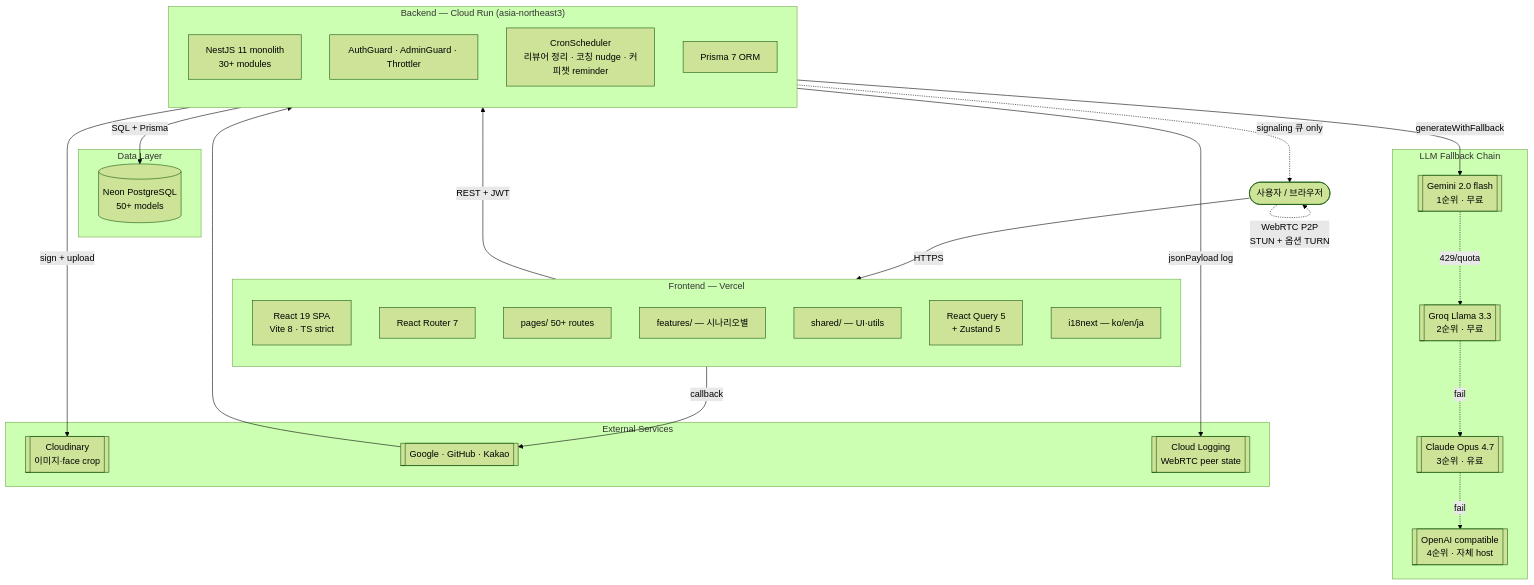
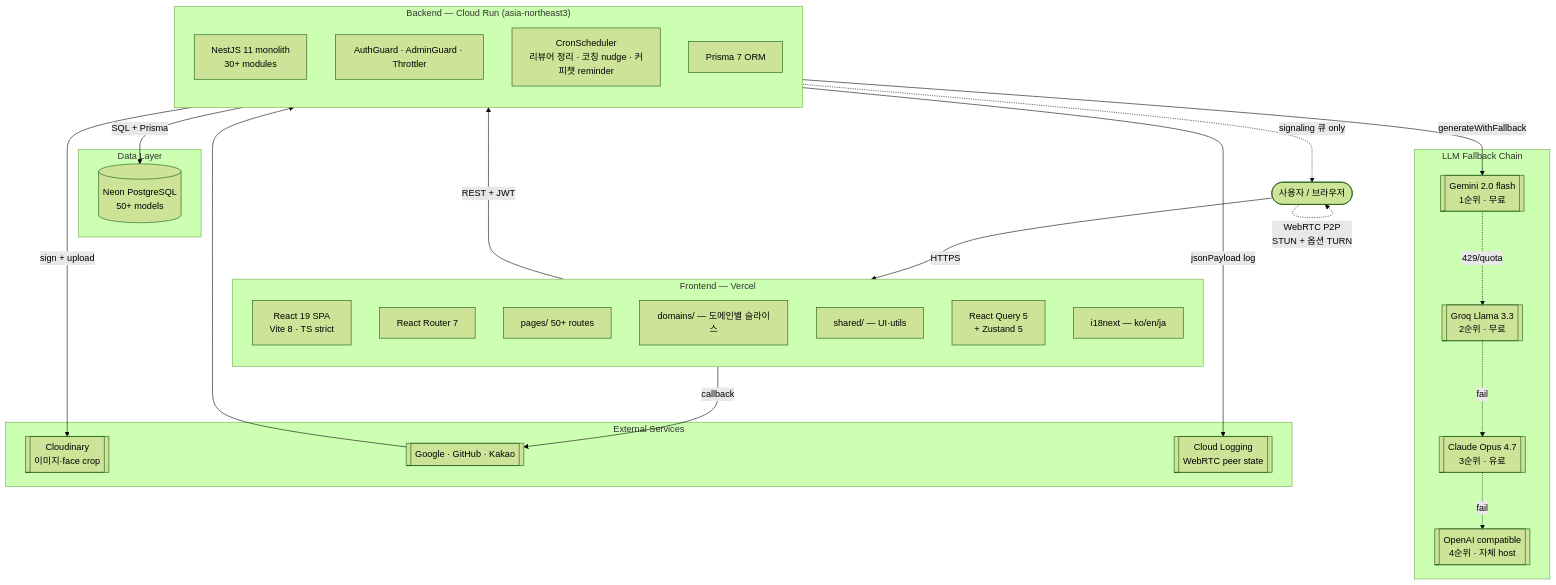
Before and after one commit to blue45f/resume: the first of 2 diagrams in docs/ARCHITECTURE.md, drawn with Mermaid (forest theme). The commit also changed 85 other files, not shown here.

````diff
--- a/docs/ARCHITECTURE.md
+++ b/docs/ARCHITECTURE.md
@@ -9,55 +9,55 @@
 ```mermaid
 flowchart TB
     User([사용자 / 브라우저])
 
     subgraph Frontend["Frontend — Vercel"]
         direction TB
         SPA[React 19 SPA<br/>Vite 8 · TS strict]
         Router[React Router 7]
         Pages[pages/ 50+ routes]
-        Features[features/ — 시나리오별]
+        Domains[domains/ — 도메인별 슬라이스]
         Shared[shared/ — UI·utils]
         QueryClient[React Query 5<br/>+ Zustand 5]
         I18n[i18next — ko/en/ja]
     end
 
     subgraph Backend["Backend — Cloud Run (asia-northeast3)"]
         direction TB
         NestApp[NestJS 11 monolith<br/>30+ modules]
         Guards[AuthGuard · AdminGuard · Throttler]
         Cron[CronScheduler<br/>리뷰어 정리 · 코칭 nudge · 커피챗 reminder]
         Prisma[Prisma 7 ORM]
     end
 
     subgraph Data["Data Layer"]
         Neon[(Neon PostgreSQL<br/>50+ models)]
     end
 
     subgraph LLM["LLM Fallback Chain"]
         Gemini[[Gemini 2.0 flash<br/>1순위 · 무료]]
         Groq[[Groq Llama 3.3<br/>2순위 · 무료]]
         Anthropic[[Claude Opus 4.7<br/>3순위 · 유료]]
         OpenAI[[OpenAI compatible<br/>4순위 · 자체 host]]
     end
 
     subgraph External["External Services"]
         Cloudinary[[Cloudinary<br/>이미지·face crop]]
         OAuth[[Google · GitHub · Kakao]]
         Telemetry[[Cloud Logging<br/>WebRTC peer state]]
     end
 
     User -->|HTTPS| Frontend
     Frontend -->|REST + JWT| Backend
     Backend -->|SQL + Prisma| Neon
     Backend -->|generateWithFallback| Gemini
     Gemini -.->|429/quota| Groq
     Groq -.->|fail| Anthropic
     Anthropic -.->|fail| OpenAI
     Backend -->|sign + upload| Cloudinary
     Frontend -->|callback| OAuth
     OAuth --> Backend
     Backend -->|jsonPayload log| Telemetry
 
     User -.->|WebRTC P2P<br/>STUN + 옵션 TURN| User
     Backend -.->|signaling 큐 only| User
 ```
````
